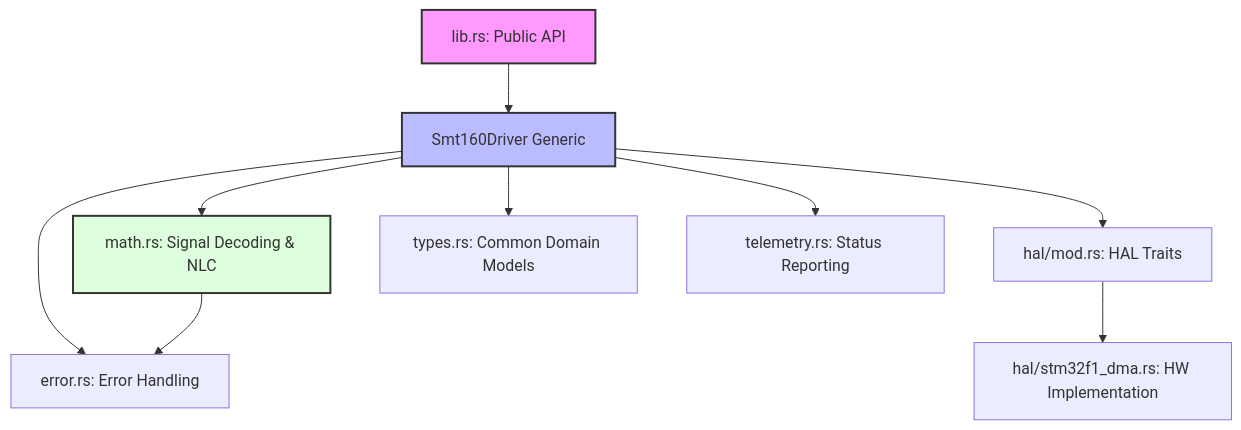
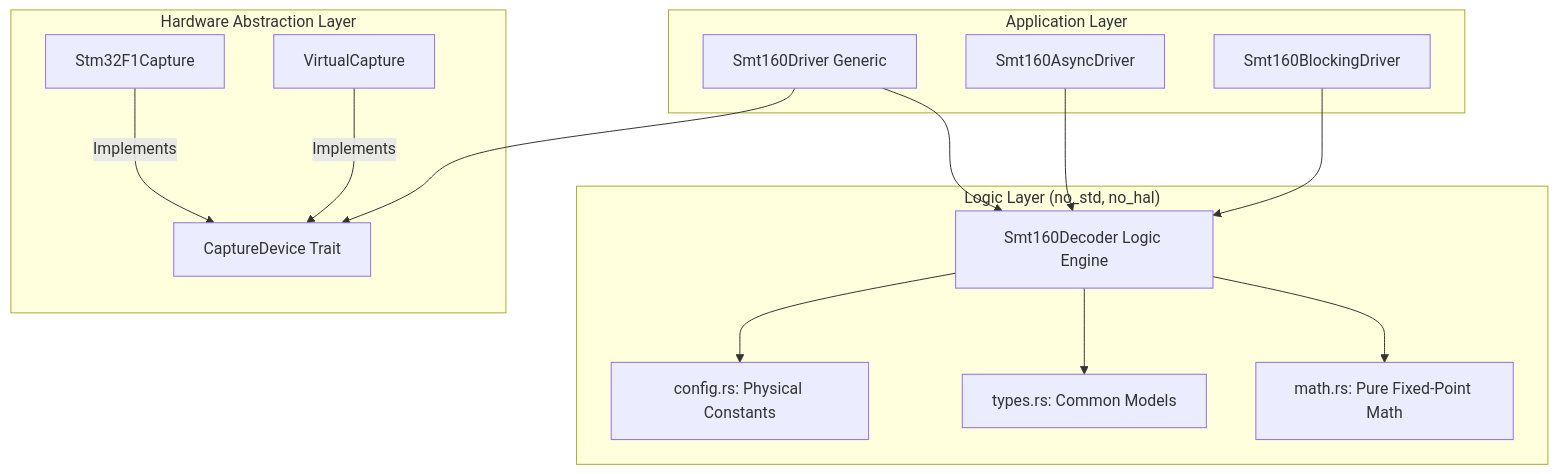
The first of 2 diagrams in Architecture.md (FaezBarghasa/smt160-driver), drawn with Mermaid before and after one commit. The commit also changed other lines of this file and 6 other files, not shown here.

````diff
--- a/Architecture.md
+++ b/Architecture.md
@@ -11,27 +9,31 @@
 ```mermaid
 graph TD
-    %% Define Nodes
-    Entry[lib.rs: Public API]
-    Core[Smt160Driver Generic]
-    Math[math.rs: Signal Decoding & NLC]
-    Traits[hal/mod.rs: HAL Traits]
-    HW[hal/stm32f1_dma.rs: HW Implementation]
-    Types[types.rs: Common Domain Models]
-    Error[error.rs: Error Handling]
-    Telemetry[telemetry.rs: Status Reporting]
+    subgraph "Application Layer"
+        Driver[Smt160Driver Generic]
+        Async[Smt160AsyncDriver]
+        Blocking[Smt160BlockingDriver]
+    end
 
-    %% Relationships
-    Entry --> Core
-    Core --> Math
-    Core --> Traits
-    Core --> Types
-    Core --> Error
-    Core --> Telemetry
-    Math --> Error
-    Traits --> HW
+    subgraph "Logic Layer (no_std, no_hal)"
+        Decoder[Smt160Decoder Logic Engine]
+        Math[math.rs: Pure Fixed-Point Math]
+        Types[types.rs: Common Models]
+        Config[config.rs: Physical Constants]
+    end
 
-    %% Styling
-    style Entry fill:#f9f,stroke:#333,stroke-width:2px
-    style Math fill:#dfd,stroke:#333,stroke-width:2px
-    style Core fill:#bbf,stroke:#333,stroke-width:2px
+    subgraph "Hardware Abstraction Layer"
+        Trait[CaptureDevice Trait]
+        STM32[Stm32F1Capture]
+        Mock[VirtualCapture]
+    end
+
+    Driver --> Decoder
+    Driver --> Trait
+    Async --> Decoder
+    Blocking --> Decoder
+    Decoder --> Math
+    Decoder --> Types
+    Decoder --> Config
+    STM32 -- Implements --> Trait
+    Mock -- Implements --> Trait
 ```
````
